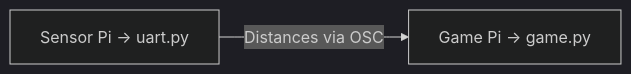
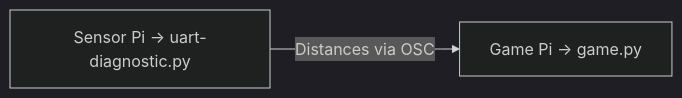
One commit to JoashYeoh/EGL314_Team-A changed the third of 7 diagrams in FINAL/docs/architecture.md. Above: the diagram before and after it, drawn with Mermaid (dark theme). The commit also changed other lines of this file, not shown here.

````diff
--- a/FINAL/docs/architecture.md
+++ b/FINAL/docs/architecture.md
@@ -30,4 +31,4 @@
 ```mermaid
 flowchart LR
-    B[Sensor Pi -> uart.py] -->|Distances via OSC| C[Game Pi -> game.py]
+    B[Sensor Pi -> uart-diagnostic.py] -->|Distances via OSC| C[Game Pi -> game.py]
 ```
````
